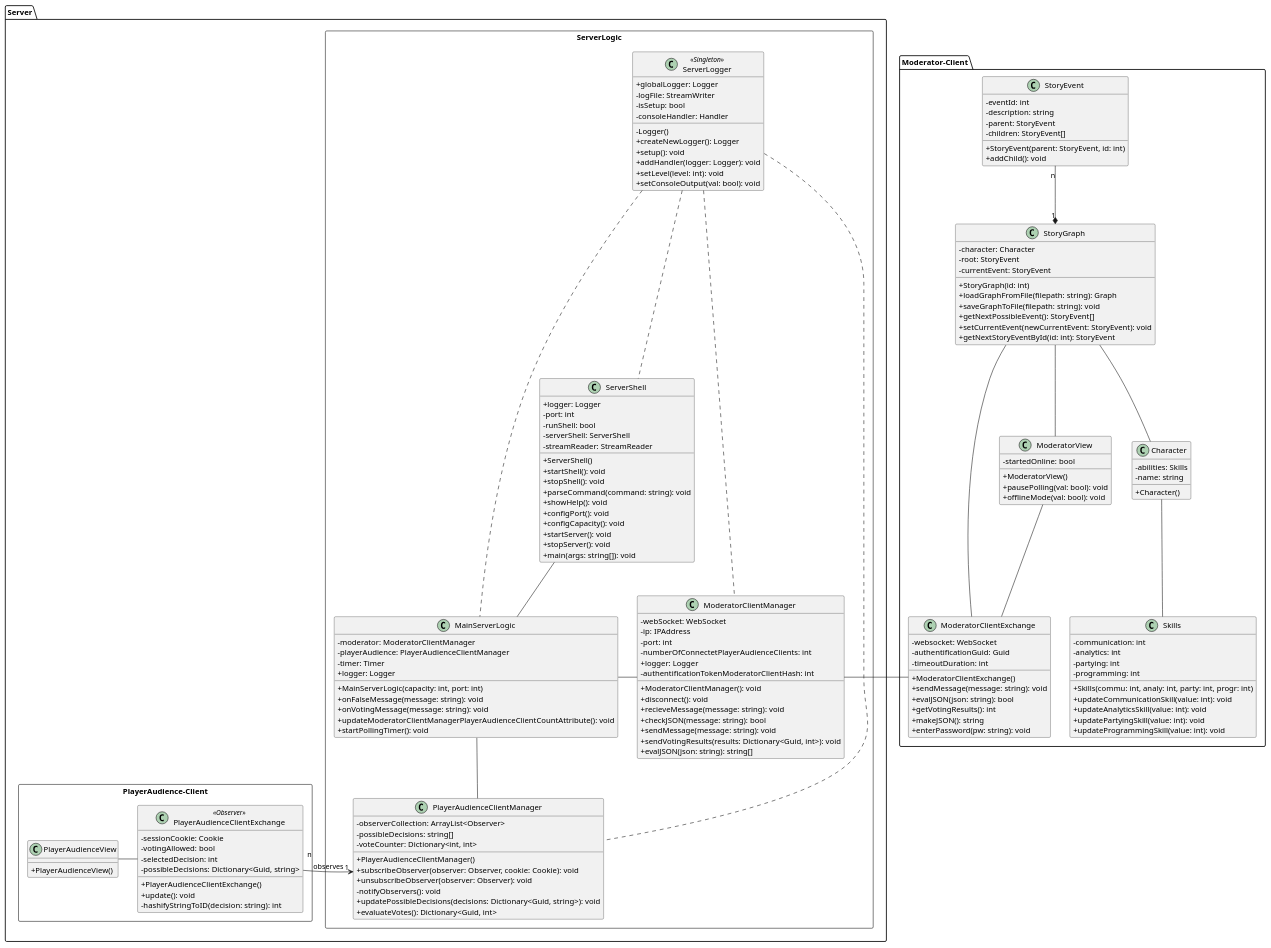
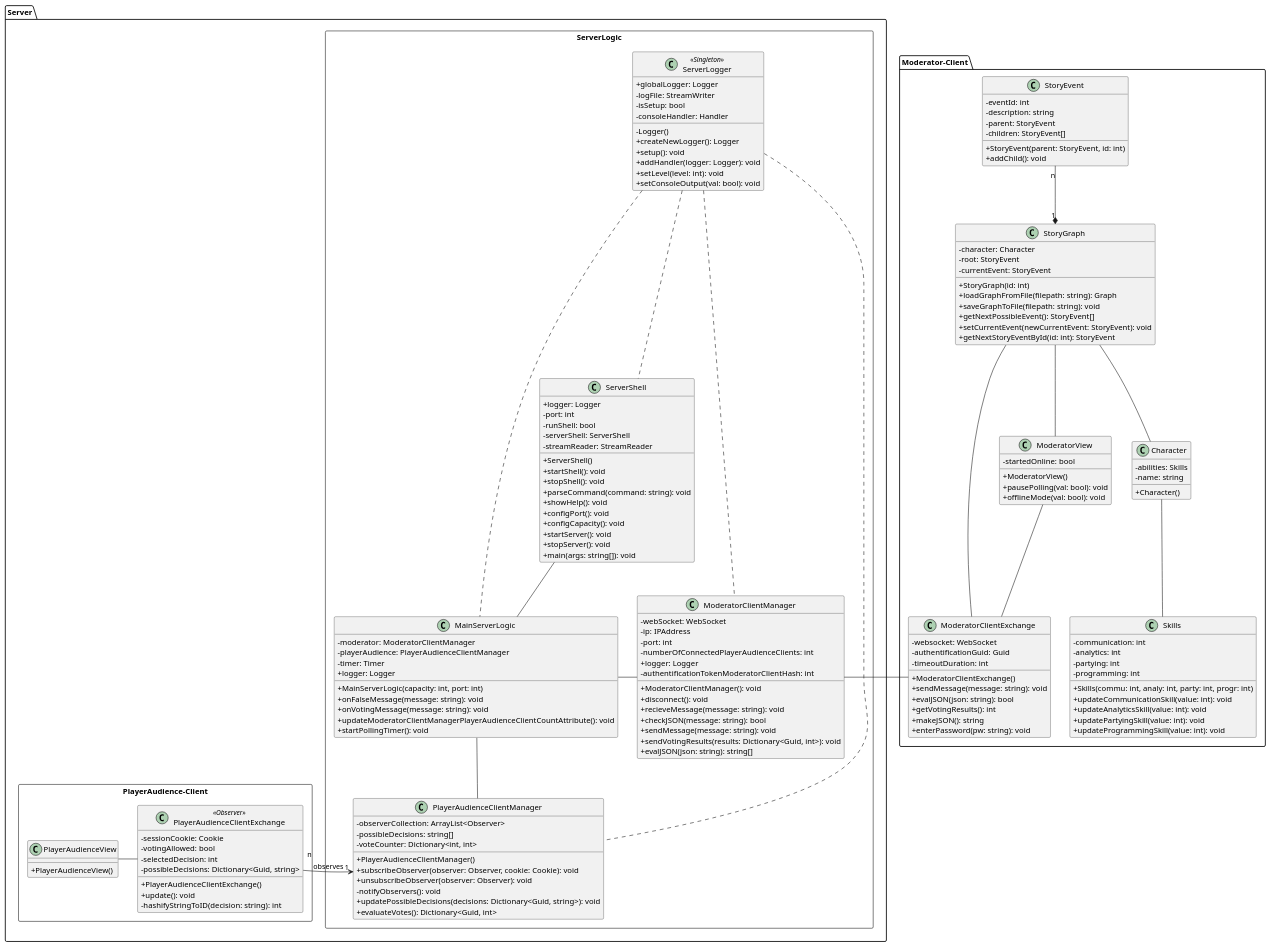
The diagram in Docs/Technical Specifications/docs/diagrams/ClassDiagrams/ClassDiagram.puml (Brotenko/QualityQuest), drawn with PlantUML before and after one commit. The commit also changed 3 other files, not shown here.

```diff
--- a/Docs/Technical Specifications/docs/diagrams/ClassDiagrams/ClassDiagram.puml
+++ b/Docs/Technical Specifications/docs/diagrams/ClassDiagrams/ClassDiagram.puml
@@ -1,177 +1,177 @@
 @startuml
 
 skinparam classAttributeIconSize 0
 
 package "Moderator-Client" {
 
   class StoryEvent {
     {field} -eventId: int
     {field} -description: string
     {field} -parent: StoryEvent
     {field} -children: StoryEvent[]
     {method} +StoryEvent(parent: StoryEvent, id: int)
     {method} +addChild(): void
   }
 
   class StoryGraph {
     {field} -character: Character
     {field} -root: StoryEvent
     {field} -currentEvent: StoryEvent
     {method} +StoryGraph(id: int)
     {method} +loadGraphFromFile(filepath: string): Graph
     {method} +saveGraphToFile(filepath: string): void
     {method} +getNextPossibleEvent(): StoryEvent[]
     {method} +setCurrentEvent(newCurrentEvent: StoryEvent): void
     {method} +getNextStoryEventById(id: int): StoryEvent
   }
 
   class "ModeratorView" as mf {
     {field} -startedOnline: bool
     {method} +ModeratorView()
     {method} +pausePolling(val: bool): void
     {method} +offlineMode(val: bool): void
   }
 
   class "ModeratorClientExchange" as mcei{
     {field} -websocket: WebSocket
     {field} -authentificationGuid: Guid
     {field} -timeoutDuration: int
     {method} +ModeratorClientExchange()
     {method} +sendMessage(message: string): void
     {method} +evalJSON(json: string): bool
     {method} +getVotingResults(): int
     {method} +makeJSON(): string
     {method} +enterPassword(pw: string): void
   }
 
   class Skills {
     {field} -communication: int
     {field} -analytics: int
     {field} -partying: int
     {field} -programming: int
     {method} + Skills(commu: int, analy: int, party: int, progr: int)
     {method} + updateCommunicationSkill(value: int): void
     {method} + updateAnalyticsSkill(value: int): void
     {method} + updatePartyingSkill(value: int): void
     {method} + updateProgrammingSkill(value: int): void
   }
 
   class Character {
     {field} -abilities: Skills
     {field} -name: string
     {method} +Character()
   }
   
   StoryEvent "n" --* "1" StoryGraph
   StoryGraph -- mf
   StoryGraph -- Character
   Character -- Skills
   mf -- mcei
   StoryGraph --- mcei
 }
 
 package "Server" {
    
 
   package "ServerLogic" <<Rectangle>>{
     class "ServerShell" as ss {
       {field} +logger: Logger
       {field} -port: int
       {field} -runShell: bool
       {field} -serverShell: ServerShell
       {field} -streamReader: StreamReader
       {method} +ServerShell()
       {method} +startShell(): void
       {method} +stopShell(): void
       {method} +parseCommand(command: string): void
       {method} +showHelp(): void
       {method} +configPort(): void
       {method} +configCapacity(): void
       {method} +startServer(): void
       {method} +stopServer(): void
       {method} +main(args: string[]): void
     }
 
     class "ModeratorClientManager" as cm {
       {field} -webSocket: WebSocket
       {field} -ip: IPAddress
       {field} -port: int
-      {field} -numberOfConnectetPlayerAudienceClients: int
+      {field} -numberOfConnectedPlayerAudienceClients: int
       {field} +logger: Logger
       {field} -authentificationTokenModeratorClientHash: int
       {method} +ModeratorClientManager(): void
       {method} +disconnect(): void
       {method} +recieveMessage(message: string): void
       {method} +checkJSON(message: string): bool
       {method} +sendMessage(message: string): void
       {method} +sendVotingResults(results: Dictionary<Guid, int>): void
       {method} +evalJSON(json: string): string[]
 
     }    
 
     class "MainServerLogic" as msl {
       {field} -moderator: ModeratorClientManager
       {field} -playerAudience: PlayerAudienceClientManager
       {field} -timer: Timer
       {field} +logger: Logger
       {method} +MainServerLogic(capacity: int, port: int)
       {method} +onFalseMessage(message: string): void
       {method} +onVotingMessage(message: string): void
       {method} +updateModeratorClientManagerPlayerAudienceClientCountAttribute(): void
       {method} +startPollingTimer(): void
     }
 
     class "PlayerAudienceClientManager" as api {
         {field} -observerCollection: ArrayList<Observer>
         {field} -possibleDecisions: string[]
         {field} -voteCounter: Dictionary<int, int>
         {method} +PlayerAudienceClientManager()
         {method} +subscribeObserver(observer: Observer, cookie: Cookie): void
         {method} +unsubscribeObserver(observer: Observer): void
         {method} -notifyObservers(): void
         {method} +updatePossibleDecisions(decisions: Dictionary<Guid, string>): void
         {method} +evaluateVotes(): Dictionary<Guid, int>
   }
 
     class "ServerLogger" as sl <<Singleton>> {
       {field} +globalLogger: Logger
       {field} -logFile: StreamWriter
       {field} -isSetup: bool
       {field} -consoleHandler: Handler
       {method} -Logger()
       {method} +createNewLogger(): Logger
       {method} +setup(): void
       {method} +addHandler(logger: Logger): void
       {method} +setLevel(level: int): void
       {method} +setConsoleOutput(val: bool): void
     }
   }
   package "PlayerAudience-Client" <<Rectangle>>{  
     class "PlayerAudienceClientExchange" as pace <<Observer>>{
       {field} -sessionCookie: Cookie
       {field} -votingAllowed: bool
       {field} -selectedDecision: int
       {field} -possibleDecisions: Dictionary<Guid, string>
       {method} +PlayerAudienceClientExchange()
       {method} +update(): void
       {method} -hashifyStringToID(decision: string): int
     }
 
     class "PlayerAudienceView" as pav {
       {method} +PlayerAudienceView()
     }
   }
   ss -- msl
   msl - cm
   msl -down- api
   sl ... cm
   sl ... msl
   sl ... api
   sl ... ss
   pace -left- pav
   api "1" <-right- "n" pace : observes
 }
 
 mcei -right- cm
 
 @enduml
```
